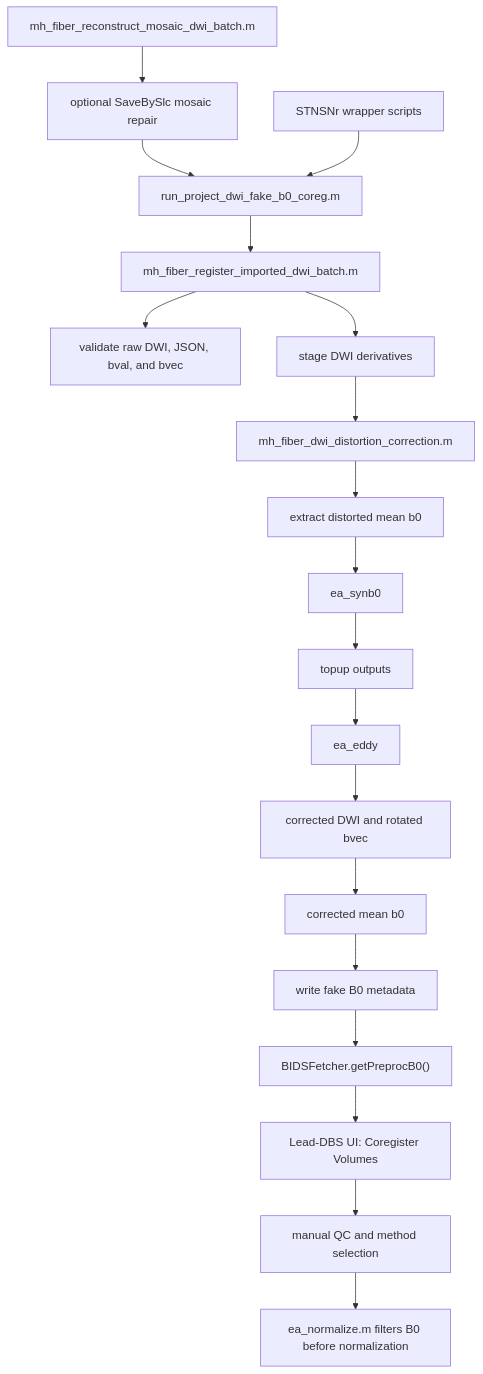
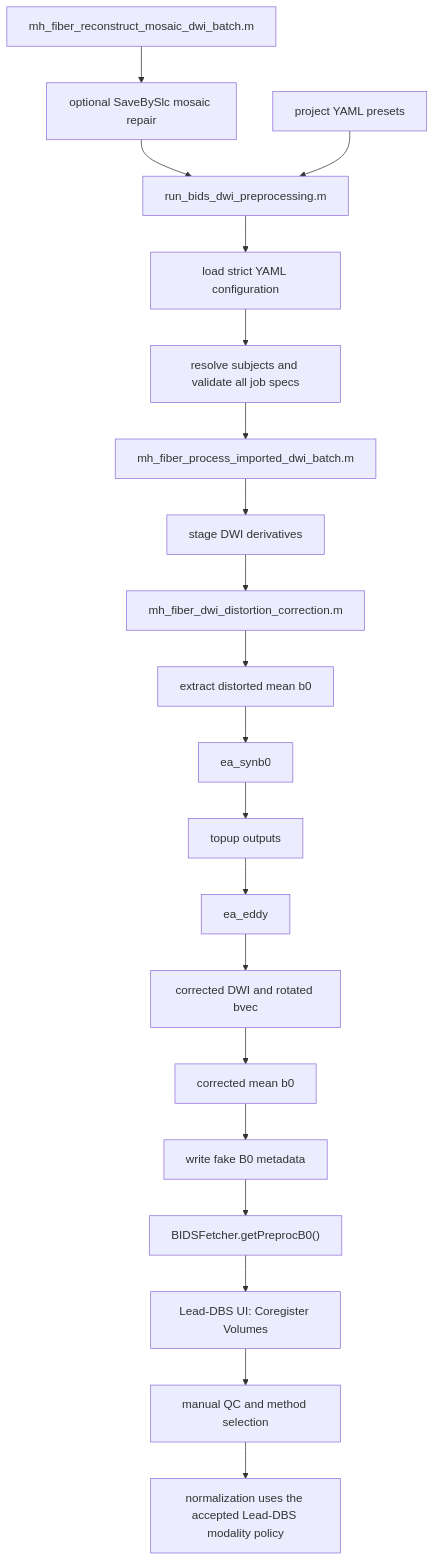
One commit to Mojackhak/leaddbs changed the diagram in my_helper/fiber/core/dwi/fake_b0_ui_coreg_tutorial.md. Above: the diagram before and after it, drawn with Mermaid. The commit also changed other lines of this file and 2 other files, not shown here.

Commit message:
docs: document YAML-driven DWI workflow

````diff
--- a/my_helper/fiber/core/dwi/fake_b0_ui_coreg_tutorial.md
+++ b/my_helper/fiber/core/dwi/fake_b0_ui_coreg_tutorial.md
@@ -30,21 +30,22 @@
 ```mermaid
 flowchart TD
     Z["mh_fiber_reconstruct_mosaic_dwi_batch.m"] --> Z2["optional SaveBySlc mosaic repair"]
     Z2 --> A
-    A["run_project_dwi_fake_b0_coreg.m"] --> B["mh_fiber_register_imported_dwi_batch.m"]
-    A2["STNSNr wrapper scripts"] --> A
-    B --> C["validate raw DWI, JSON, bval, and bvec"]
-    B --> D["stage DWI derivatives"]
-    D --> E["mh_fiber_dwi_distortion_correction.m"]
+    A["run_bids_dwi_preprocessing.m"] --> B["load strict YAML configuration"]
+    A2["project YAML presets"] --> A
+    B --> C["resolve subjects and validate all job specs"]
+    C --> D["mh_fiber_process_imported_dwi_batch.m"]
+    D --> E0["stage DWI derivatives"]
+    E0 --> E["mh_fiber_dwi_distortion_correction.m"]
     E --> F["extract distorted mean b0"]
     F --> G["ea_synb0"]
     G --> H["topup outputs"]
     H --> I["ea_eddy"]
     I --> J["corrected DWI and rotated bvec"]
     J --> K["corrected mean b0"]
     K --> L["write fake B0 metadata"]
     L --> M["BIDSFetcher.getPreprocB0()"]
     M --> N["Lead-DBS UI: Coregister Volumes"]
     N --> O["manual QC and method selection"]
-    O --> P["ea_normalize.m filters B0 before normalization"]
+    O --> P["normalization uses the accepted Lead-DBS modality policy"]
 ```
````
